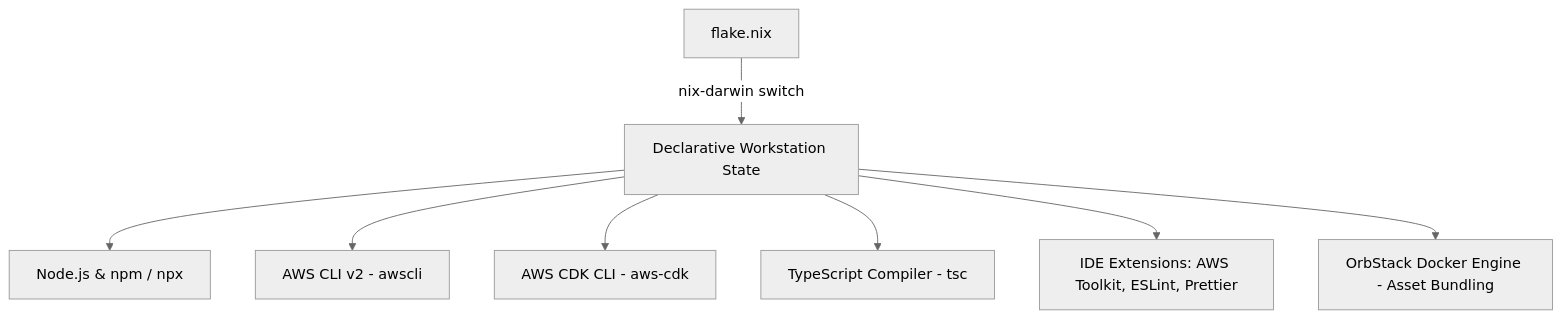
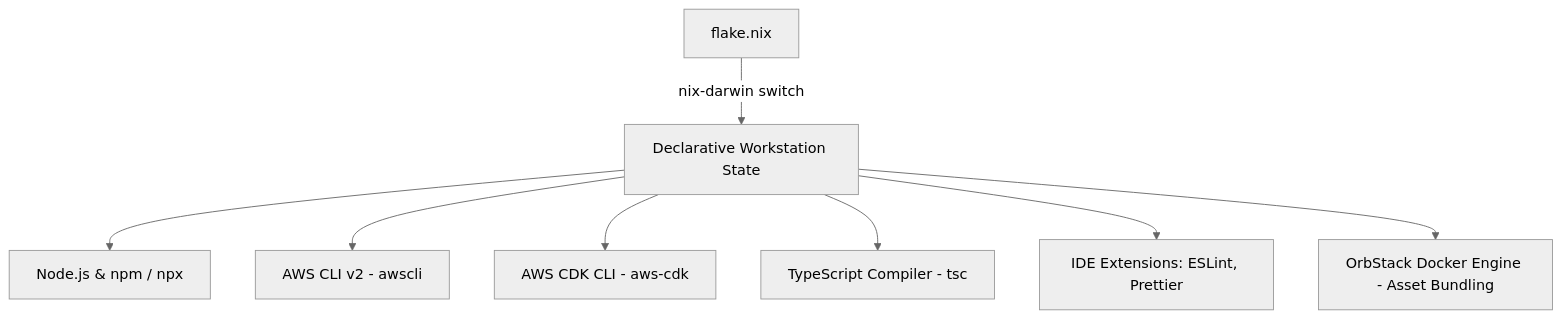
The diagram in nix-mac/AWS CDK & TypeScript Workstation Guide.md (bar2sek/personal-technology), drawn with Mermaid (neutral theme) before and after one commit. The commit also changed other lines of this file and 2 other files, not shown here.

Commit message:
fix: remove AWS Toolkit from IDE configuration and home.nix

````diff
--- a/nix-mac/AWS CDK & TypeScript Workstation Guide.md
+++ b/nix-mac/AWS CDK & TypeScript Workstation Guide.md
@@ -26,10 +26,10 @@
 ```mermaid
 graph TD
     A[flake.nix] -->|nix-darwin switch| B[Declarative Workstation State]
     B --> C[Node.js & npm / npx]
     B --> D[AWS CLI v2 - awscli]
     B --> E[AWS CDK CLI - aws-cdk]
     B --> F[TypeScript Compiler - tsc]
-    B --> G[IDE Extensions: AWS Toolkit, ESLint, Prettier]
+    B --> G[IDE Extensions: ESLint, Prettier]
     B --> H[OrbStack Docker Engine - Asset Bundling]
 ```
````
